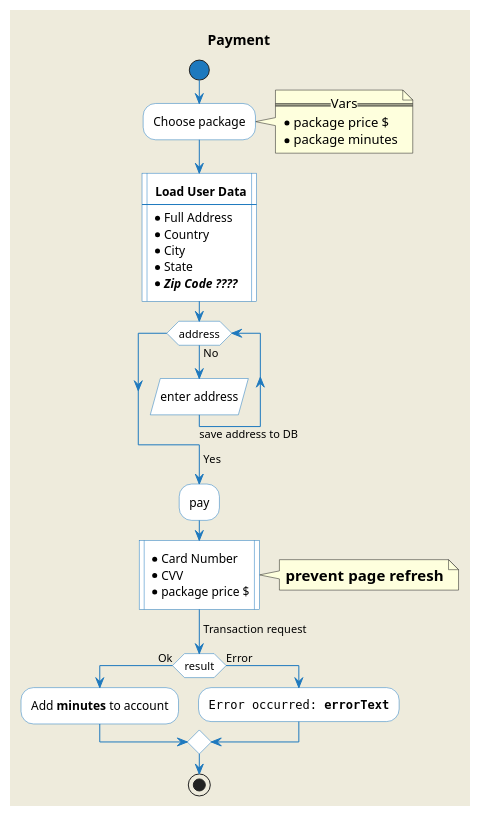
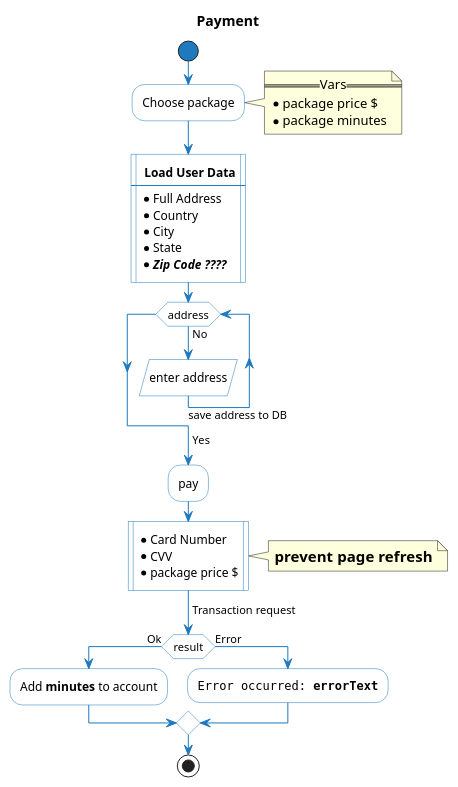
One commit to RyanG2016/vscription-transcribe-shrink changed the diagram in docs/puml/Payment.puml. Above: the diagram before and after it, drawn with PlantUML. The commit also changed 2 other files, not shown here.

Commit message:
style: white background for pumls

```diff
--- a/docs/puml/Payment.puml
+++ b/docs/puml/Payment.puml
@@ -1,62 +1,62 @@
 @startuml
 title Payment
 
-skinparam backgroundColor #EEEBDC
+skinparam backgroundColor white
 
 skinparam activity {
   StartColor #1e79be
   ArrowColor #1e79be
   EndColor #1e79be
   BackgroundColor white
   SequenceTitleFontColor white
   BorderColor #1e79be
   FontName Tahoma
 }
 '|main|
 start
 
 :Choose package;
 
 note right
      ==Vars==
      * package price $
      *  package minutes
 end note
 
 
 : **Load User Data**
 ----
 * Full Address
 * Country
 * City
 * State
 * //**Zip Code ????**//|
 
 
 while (address)
 '|test2|
 -> No;
 :enter address/
 -> save address to DB;
 end while
 
 '|main|
 ->Yes;
 :pay;
 
 :* Card Number
 * CVV
 * package price $|
 -> Transaction request;
 
 note right: ==prevent page refresh
 
 if (result) is (Ok) then
     :Add **minutes** to account;
 else (Error)
     :""Error occurred: **errorText**"";
 endif
 
 stop
 
 @enduml
```
